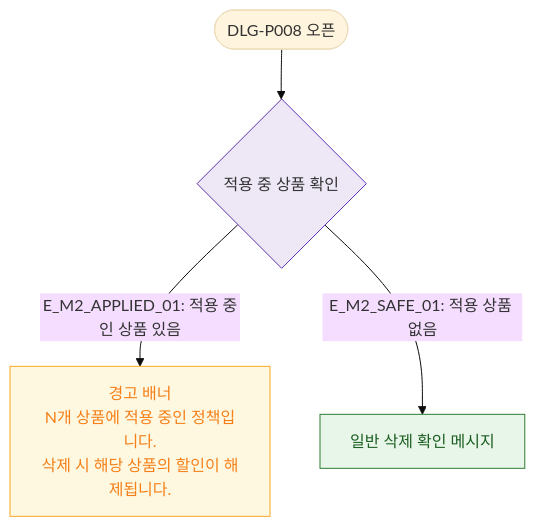
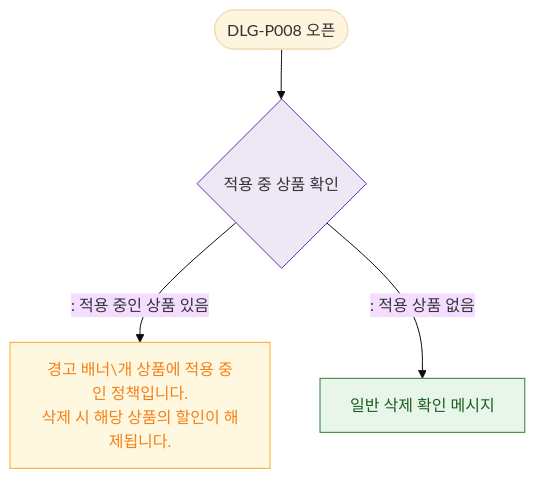
One commit to dev-spogym/admin-pando changed the diagram in docs/다이어그램/D05_상품관리/DLG/DLG-P008_할인정책삭제확인/M2_필드검증.md. Above: the diagram before and after it, drawn with Mermaid (base theme). The commit also changed other lines of this file and 1660 other files, not shown here.

First line of the commit message:
다이어그램: 기획자/클라이언트 납품본으로 정리

````diff
--- a/docs/다이어그램/D05_상품관리/DLG/DLG-P008_할인정책삭제확인/M2_필드검증.md
+++ b/docs/다이어그램/D05_상품관리/DLG/DLG-P008_할인정책삭제확인/M2_필드검증.md
@@ -16,13 +14,13 @@
 ```mermaid
 flowchart TD
     OPEN([DLG-P008 오픈]) --> LinkedCheck{적용 중 상품 확인}
-    LinkedCheck -->|"E_M2_APPLIED_01: 적용 중인 상품 있음"| WarnApplied[경고 배너\nN개 상품에 적용 중인 정책입니다.\n삭제 시 해당 상품의 할인이 해제됩니다.]
-    LinkedCheck -->|"E_M2_SAFE_01: 적용 상품 없음"| SafeDelete[일반 삭제 확인 메시지]
+    LinkedCheck -->|": 적용 중인 상품 있음"|WarnApplied[경고 배너\개 상품에 적용 중인 정책입니다.\n삭제 시 해당 상품의 할인이 해제됩니다.]
+    LinkedCheck -->|": 적용 상품 없음"|SafeDelete[일반 삭제 확인 메시지]
 
     classDef warning fill:#FFF8E1,stroke:#F9A825,color:#F57F17
     classDef success fill:#E8F5E9,stroke:#2E7D32,color:#1B5E20
     classDef system fill:#EDE7F6,stroke:#5E35B2
     class WarnApplied warning
     class SafeDelete success
     class LinkedCheck system
 ```
````
